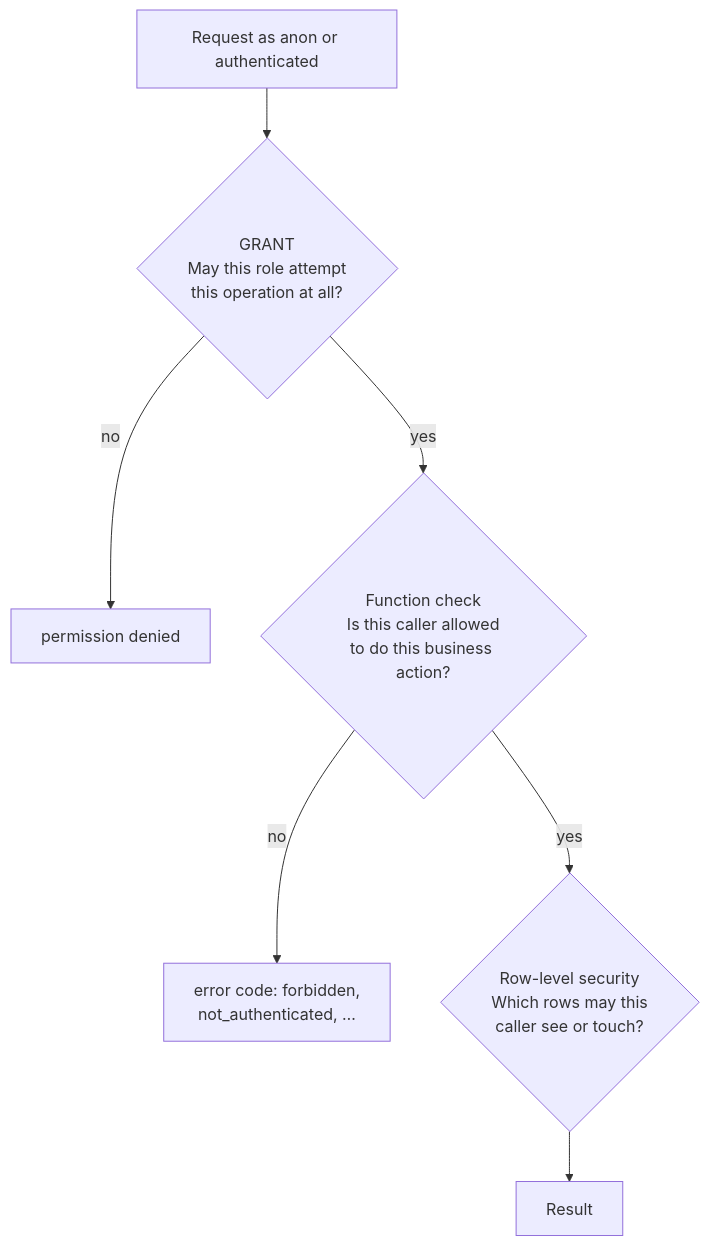
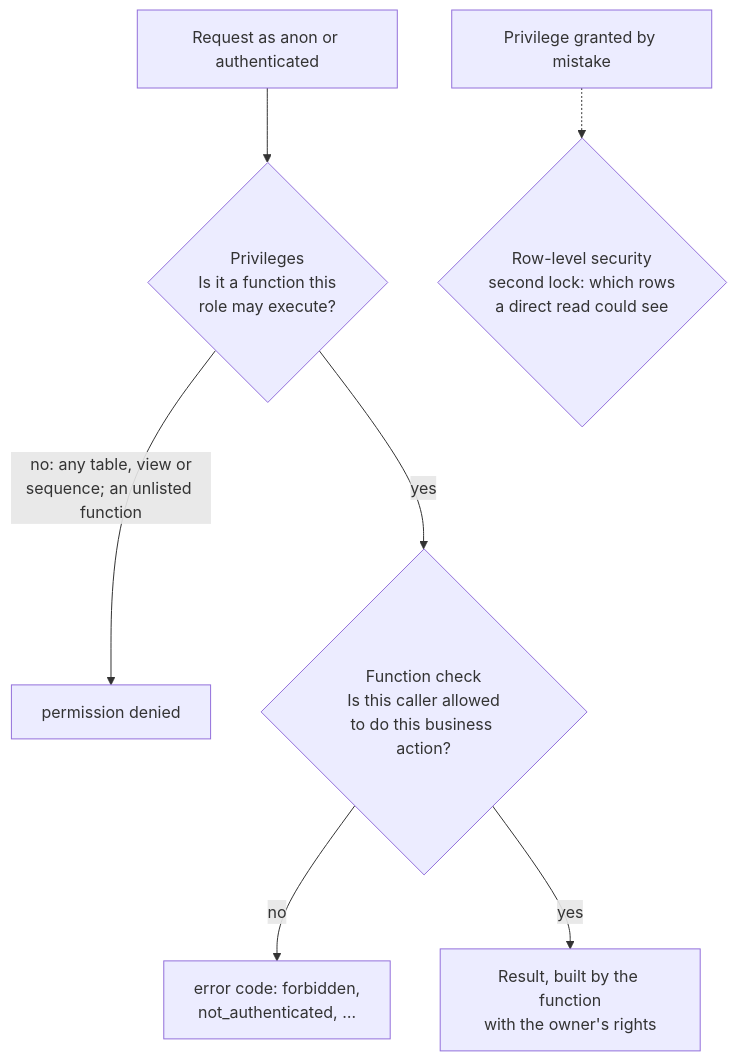
The diagram in docs/03-data/access-control.md (raea07/amazon-tiquicia), drawn with Mermaid before and after one commit. The commit also changed other lines of this file and 3 other files, not shown here.

````diff
--- a/docs/03-data/access-control.md
+++ b/docs/03-data/access-control.md
@@ -44,9 +50,9 @@
 ```mermaid
 flowchart TD
-  r["Request as anon or authenticated"] --> g{"GRANT<br/>May this role attempt<br/>this operation at all?"}
-  g -- no --> x1[permission denied]
+  r["Request as anon or authenticated"] --> g{"Privileges<br/>Is it a function this<br/>role may execute?"}
+  g -- "no: any table, view or<br/>sequence; an unlisted function" --> x1[permission denied]
   g -- yes --> f{"Function check<br/>Is this caller allowed<br/>to do this business action?"}
   f -- no --> x2["error code: forbidden,<br/>not_authenticated, …"]
-  f -- yes --> p{"Row-level security<br/>Which rows may this<br/>caller see or touch?"}
-  p --> ok[Result]
+  f -- yes --> ok["Result, built by the function<br/>with the owner's rights"]
+  m["Privilege granted by mistake"] -.-> p{"Row-level security<br/>second lock: which rows<br/>a direct read could see"}
 ```
````
